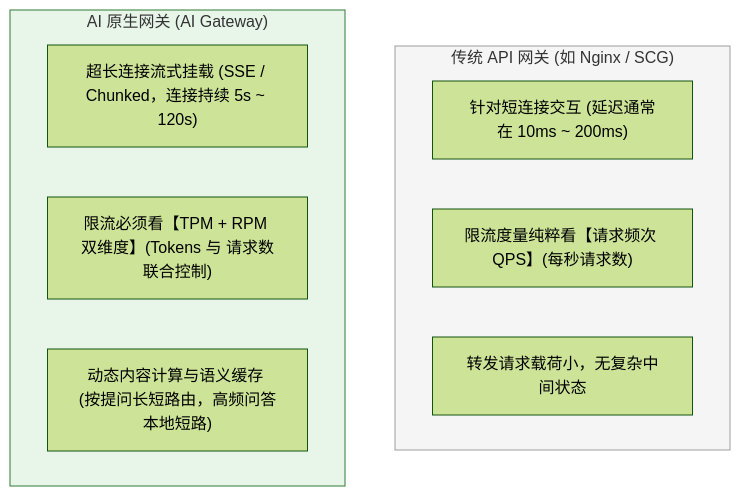
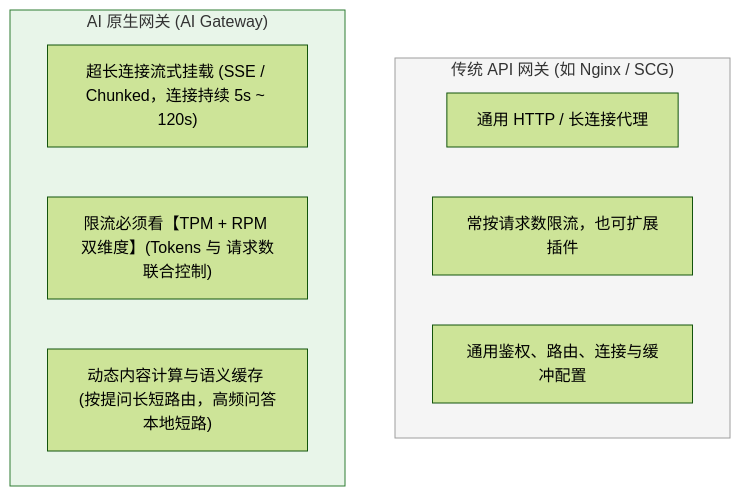
One commit to GuoWWWX/knowledge-base changed the first of 3 diagrams in 10-AI应用开发/06-平台与工程化/11-AI网关生产架构-限流-计费-审计.md. Above: the diagram before and after it, drawn with Mermaid (forest theme). The commit also changed other lines of this file and 251 other files, not shown here.

````diff
--- a/10-AI应用开发/06-平台与工程化/11-AI网关生产架构-限流-计费-审计.md
+++ b/10-AI应用开发/06-平台与工程化/11-AI网关生产架构-限流-计费-审计.md
@@ -44,17 +32,17 @@
 ```mermaid
 graph TD
     subgraph Traditional["传统 API 网关 (如 Nginx / SCG)"]
-        T1["针对短连接交互 (延迟通常在 10ms ~ 200ms)"]
-        T2["限流度量纯粹看【请求频次 QPS】(每秒请求数)"]
-        T3["转发请求载荷小，无复杂中间状态"]
+        T1["通用 HTTP / 长连接代理"]
+        T2["常按请求数限流，也可扩展插件"]
+        T3["通用鉴权、路由、连接与缓冲配置"]
     end
 
     subgraph AIGateway["AI 原生网关 (AI Gateway)"]
         A1["超长连接流式挂载 (SSE / Chunked，连接持续 5s ~ 120s)"]
         A2["限流必须看【TPM + RPM 双维度】(Tokens 与 请求数联合控制)"]
         A3["动态内容计算与语义缓存 (按提问长短路由，高频问答本地短路)"]
     end
 
     style Traditional fill:#f5f5f5,stroke:#9e9e9e,stroke-width:1px
     style AIGateway fill:#e8f5e9,stroke:#2e7d32,stroke-width:1px
 ```
````
